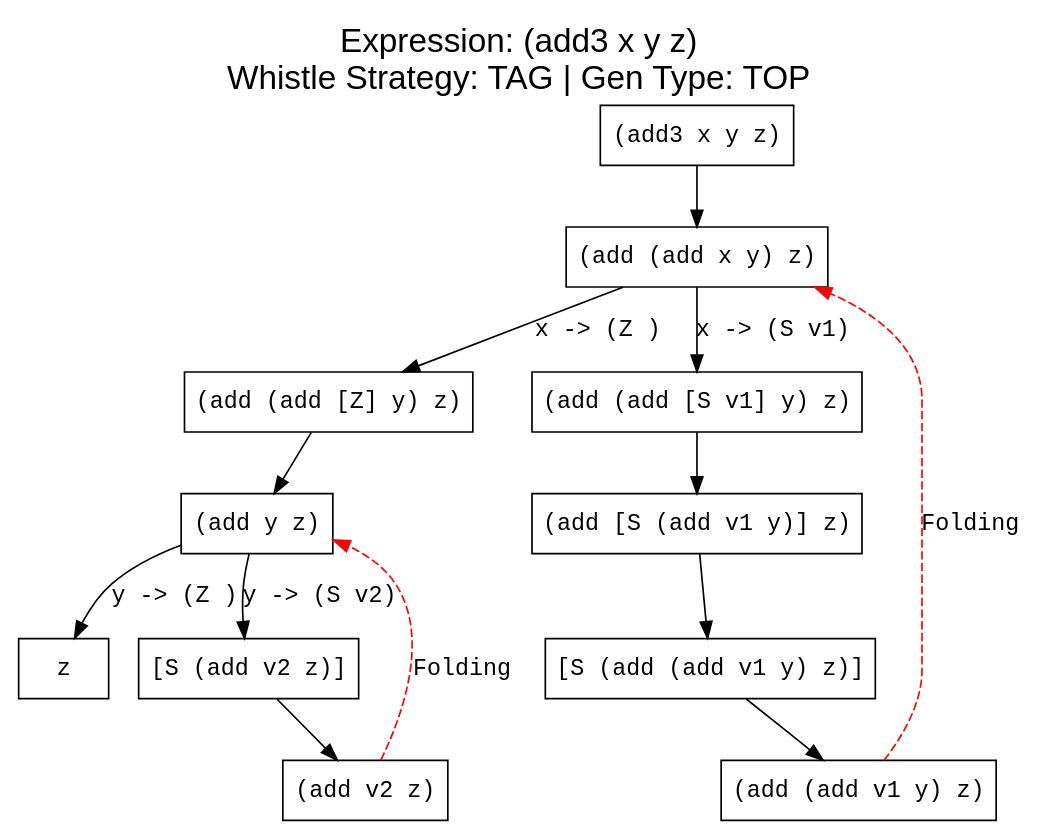
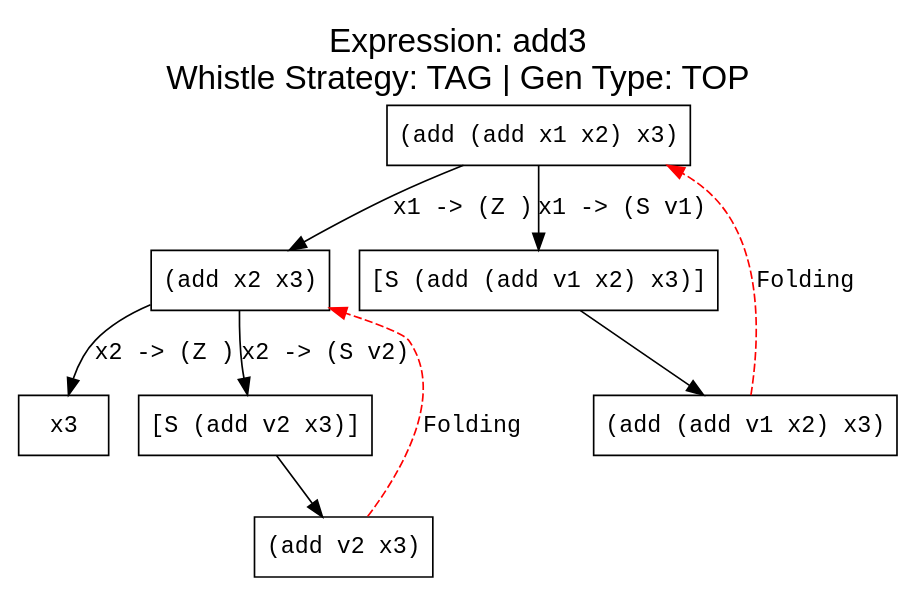
Before and after one commit to makezh/coursework_supercompiler: the diagram in output/test3_add3/tag.dot, drawn with Graphviz. The commit also changed 38 other files, not shown here.

```diff
--- a/output/test3_add3/tag.dot
+++ b/output/test3_add3/tag.dot
@@ -1,32 +1,24 @@
 digraph ProcessTree {
-  label="Expression: (add3 x y z)\nWhistle Strategy: TAG | Gen Type: TOP";
+  label="Expression: add3\nWhistle Strategy: TAG | Gen Type: TOP";
   labelloc="t";
   fontsize=20;
   fontname="Arial";
 
     node [fontname="Courier New"];
     edge [fontname="Courier New"];
-    n0 [label="(add3 x y z)", shape=box];
-    n0 -> n1 [label=""];
-    n1 [label="(add (add x y) z)", shape=box];
-    n1 -> n2 [label="x -> (Z )"];
-    n1 -> n3 [label="x -> (S v1)"];
-    n2 [label="(add (add [Z] y) z)", shape=box];
-    n2 -> n4 [label=""];
-    n3 [label="(add (add [S v1] y) z)", shape=box];
-    n3 -> n5 [label=""];
-    n4 [label="(add y z)", shape=box];
-    n4 -> n6 [label="y -> (Z )"];
-    n4 -> n7 [label="y -> (S v2)"];
-    n5 [label="(add [S (add v1 y)] z)", shape=box];
-    n5 -> n8 [label=""];
-    n6 [label="z", shape=box];
-    n7 [label="[S (add v2 z)]", shape=box];
-    n7 -> n9 [label=""];
-    n8 [label="[S (add (add v1 y) z)]", shape=box];
-    n8 -> n10 [label=""];
-    n9 [label="(add v2 z)", shape=box];
-    n9 -> n4 [style=dashed, color=red, label="Folding"];
-    n10 [label="(add (add v1 y) z)", shape=box];
-    n10 -> n1 [style=dashed, color=red, label="Folding"];
+    n0 [label="(add (add x1 x2) x3)", shape=box];
+    n0 -> n1 [label="x1 -> (Z )"];
+    n0 -> n2 [label="x1 -> (S v1)"];
+    n1 [label="(add x2 x3)", shape=box];
+    n1 -> n3 [label="x2 -> (Z )"];
+    n1 -> n4 [label="x2 -> (S v2)"];
+    n2 [label="[S (add (add v1 x2) x3)]", shape=box];
+    n2 -> n5 [label=""];
+    n3 [label="x3", shape=box];
+    n4 [label="[S (add v2 x3)]", shape=box];
+    n4 -> n6 [label=""];
+    n5 [label="(add (add v1 x2) x3)", shape=box];
+    n5 -> n0 [style=dashed, color=red, label="Folding"];
+    n6 [label="(add v2 x3)", shape=box];
+    n6 -> n1 [style=dashed, color=red, label="Folding"];
 }
```
